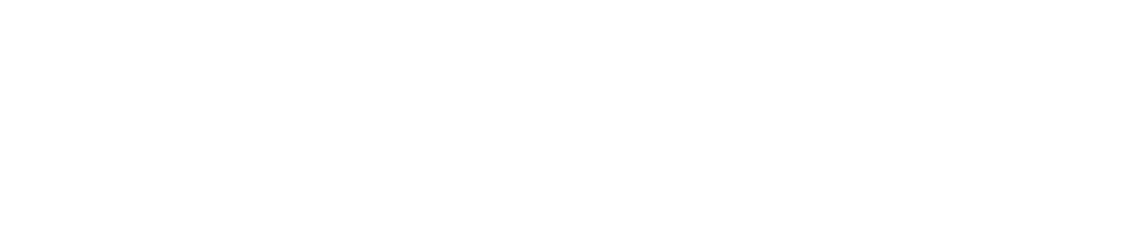
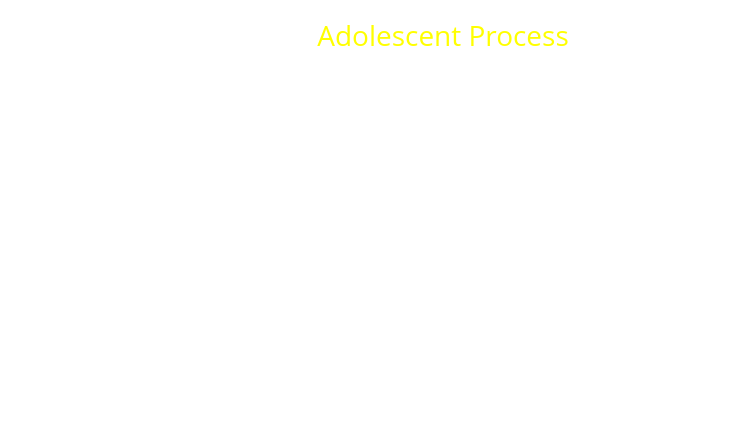
One commit to clanfear/onati_2024-05-17 changed the first of 2 diagrams in slides.qmd. Above: the diagram before and after it, drawn with Graphviz. The commit also changed other lines of this file and 3 other files, not shown here.

````diff
--- a/slides.qmd
+++ b/slides.qmd
@@ -194,20 +253,20 @@
 ```{dot}
+//| fig-width: 6
 digraph G{
   graph [layout=neato, bgcolor="transparent"]
-  
   node [shape = plaintext, fontname="Open Sans", fontcolor="white"]
   edge [color="white"]
   
- sc1 [pos = "0,  1!", label = "Current\nContext"]
-  si [pos = "0.5,  0!", label = "Situation"]
-  sa [pos = "2.5,  0!", label = "Action"]
-  sc2 [pos = "3,  1!", label = "Future\nContext"]
-  i1 [pos = "-2, 0!", label = "Life\nHistory"]
-  i2 [pos = "5, 0!", label = "New\nHistory"]
+  btitle [pos = "1.5,  5.25!", label = "Adolescent Process", fontcolor = yellow]
+  bsc1 [pos = "0,  4.5!", label = "Immediate\nthreats\n(Exposure)"]
+  bsi [pos = "0.5,  3!", label = "Specific fear\n(Risky situations)"]
+  bsa [pos = "2.5,  3!", label = "Youth gun\ncarrying\n(Illegal)"]
+  bsc2 [pos = "3,  4.5!", label = "Increased\nyouth\nviolence"]
+  bi1 [pos = "-1.25, 3!", label = "Race\nSex"]
   
-  {sc1, i1} -> si
-  sc1 -> sc2
-  si -> sa
-  sa -> {i2, sc2}
+  {bsc1, bi1} -> bsi
+  bsc1 -> bsc2
+  bsi -> bsa
+  bsa -> bsc2
 }
 ```
````
